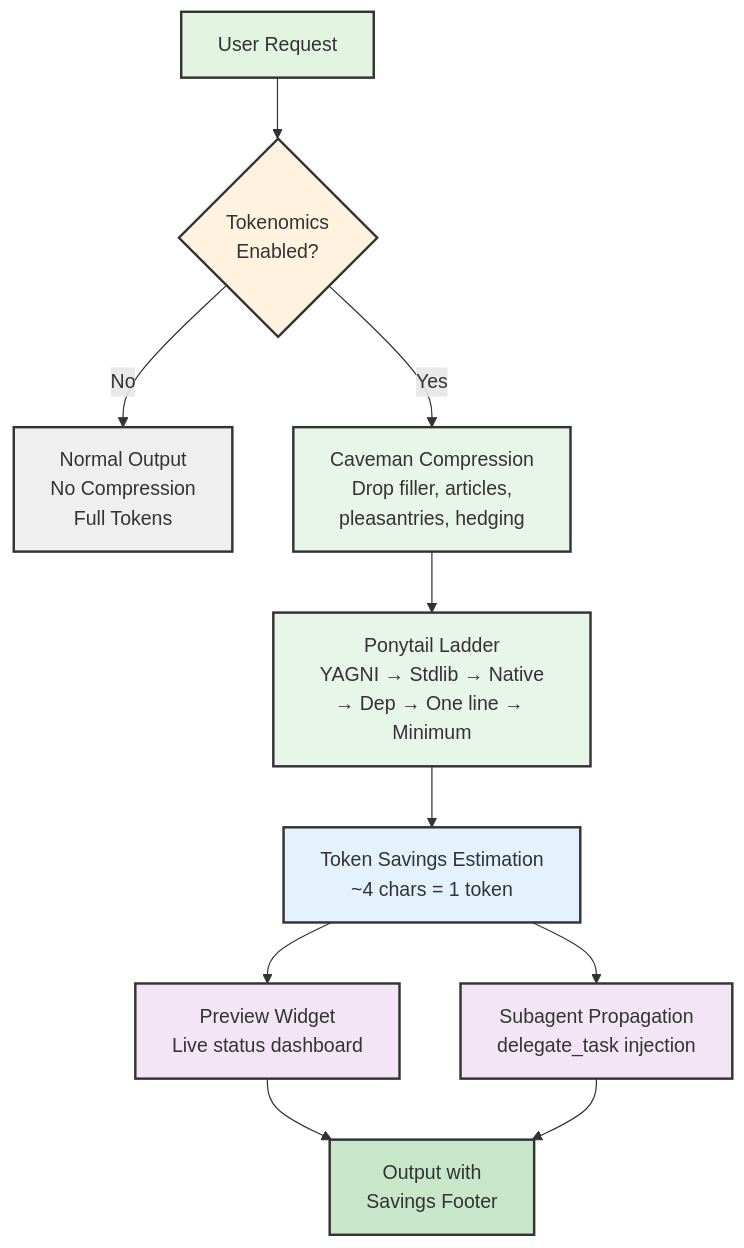
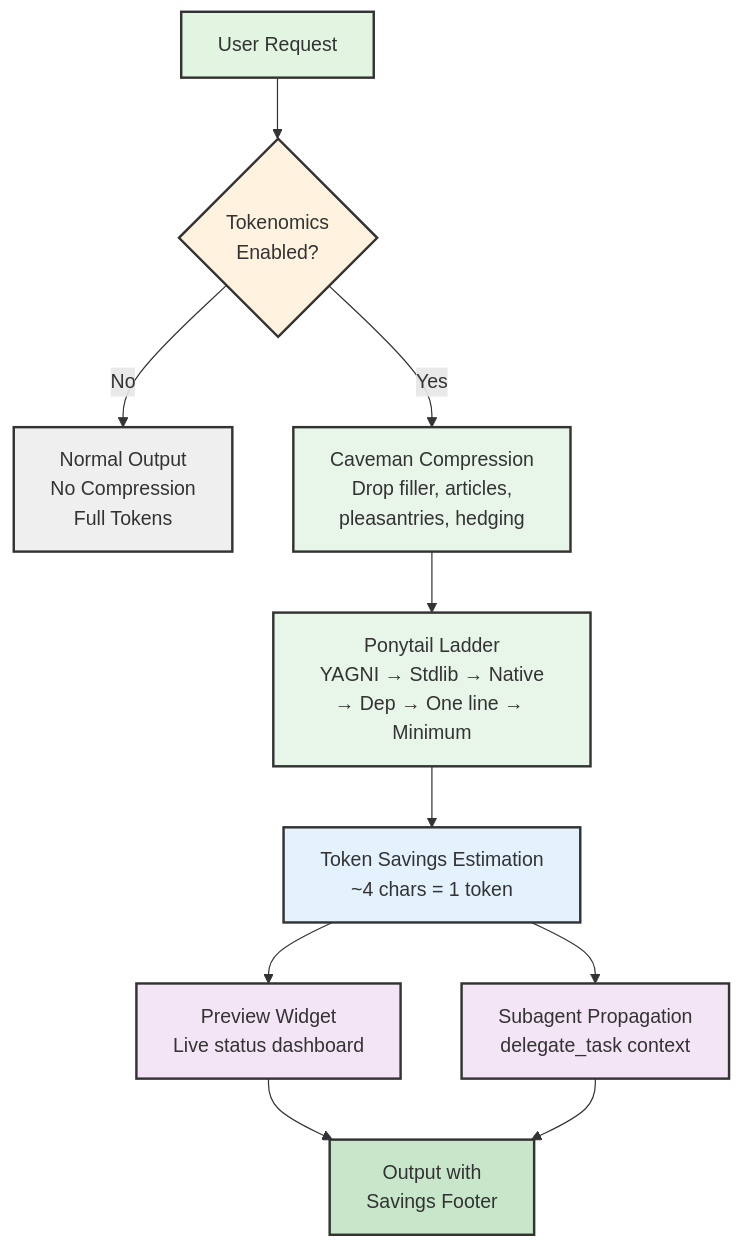
Before and after one commit to z99wE/tokenomics-plugin: the first of 3 diagrams in README.md, drawn with Mermaid. The commit also changed other lines of this file and 7 other files, not shown here.

````diff
--- a/README.md
+++ b/README.md
@@ -49,21 +49,21 @@
 ```mermaid
 flowchart TD
     A[User Request] --> B{Tokenomics<br/>Enabled?}
     B -->|No| C[Normal Output<br/>No Compression<br/>Full Tokens]
     B -->|Yes| D[Caveman Compression<br/>Drop filler, articles,<br/>pleasantries, hedging]
     D --> E[Ponytail Ladder<br/>YAGNI → Stdlib → Native<br/>→ Dep → One line → Minimum]
     E --> F[Token Savings Estimation<br/>~4 chars = 1 token]
     F --> G[Preview Widget<br/>Live status dashboard]
-    F --> H[Subagent Propagation<br/>delegate_task injection]
+    F --> H[Subagent Propagation<br/>delegate_task context]
     G --> I[Output with<br/>Savings Footer]
     H --> I
     style A fill:#e1f5e1,stroke:#333,stroke-width:2px
     style B fill:#fff3e0,stroke:#333,stroke-width:2px
     style D fill:#e8f5e9,stroke:#333,stroke-width:2px
     style E fill:#e8f5e9,stroke:#333,stroke-width:2px
     style F fill:#e3f2fd,stroke:#333,stroke-width:2px
     style G fill:#f3e5f5,stroke:#333,stroke-width:2px
     style H fill:#f3e5f5,stroke:#333,stroke-width:2px
     style I fill:#c8e6c9,stroke:#333,stroke-width:2px
     style C fill:#efefef,stroke:#333,stroke-width:2px
 ```
````
